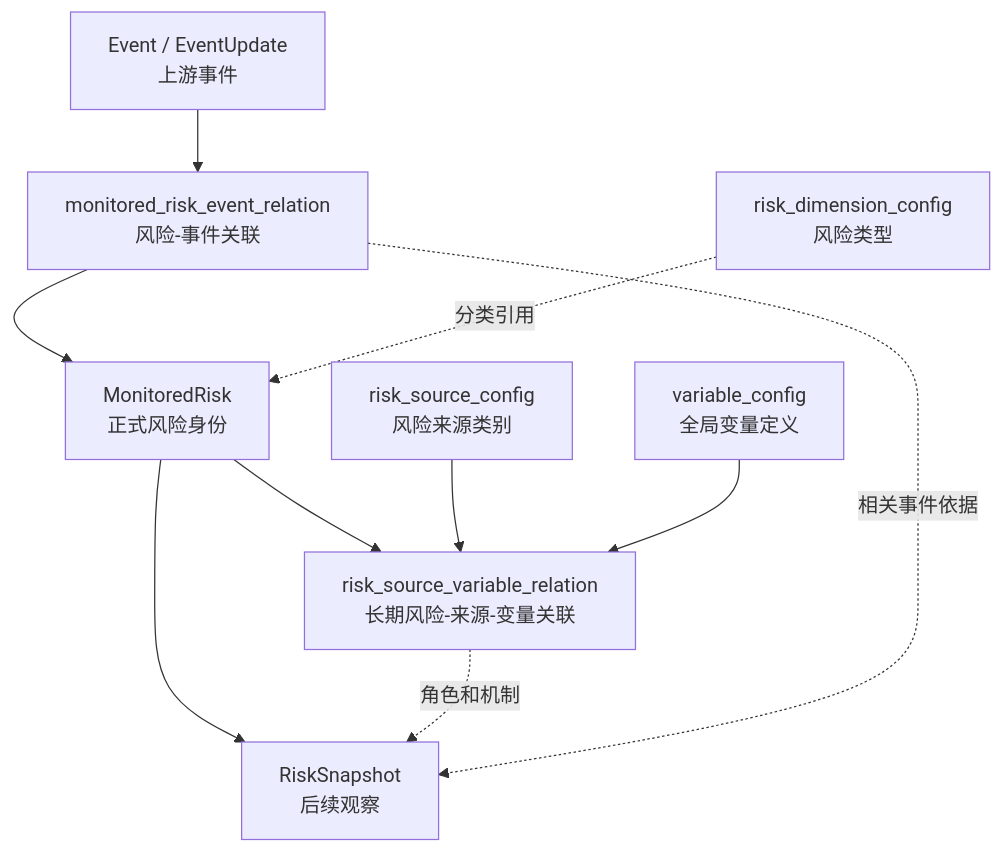
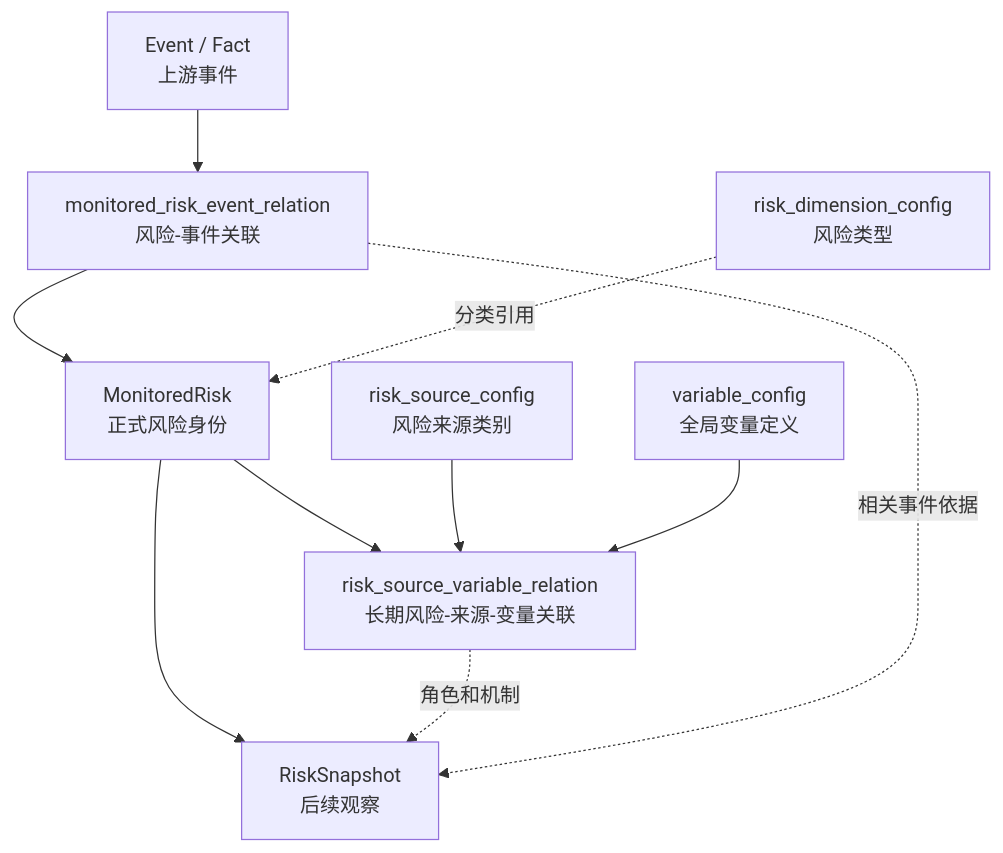
Before and after one commit to caojingwen1996/obsidian_kb: diagram 12 of 18 in tools/RiskHot/docs/system-design/03-系统功能架构/系统功能架构总览.md, drawn with Mermaid. The commit also changed other lines of this file and 278 other files, not shown here.

````diff
--- a/tools/RiskHot/docs/system-design/03-系统功能架构/系统功能架构总览.md
+++ b/tools/RiskHot/docs/system-design/03-系统功能架构/系统功能架构总览.md
@@ -927,12 +929,12 @@
 ```mermaid
 flowchart TB
-    EVT[Event / EventUpdate<br/>上游事件] --> REL1[monitored_risk_event_relation<br/>风险-事件关联]
+    EVT[Event / Fact<br/>上游事件] --> REL1[monitored_risk_event_relation<br/>风险-事件关联]
     REL1 --> RISK[MonitoredRisk<br/>正式风险身份]
     RISK --> REL2[risk_source_variable_relation<br/>长期风险-来源-变量关联]
     SOURCE[risk_source_config<br/>风险来源类别] --> REL2
     VAR[variable_config<br/>全局变量定义] --> REL2
     DIM[risk_dimension_config<br/>风险类型] -.->|分类引用| RISK
     RISK --> SNAP[RiskSnapshot<br/>后续观察]
     REL2 -.->|角色和机制| SNAP
     REL1 -.->|相关事件依据| SNAP
 ```
````
